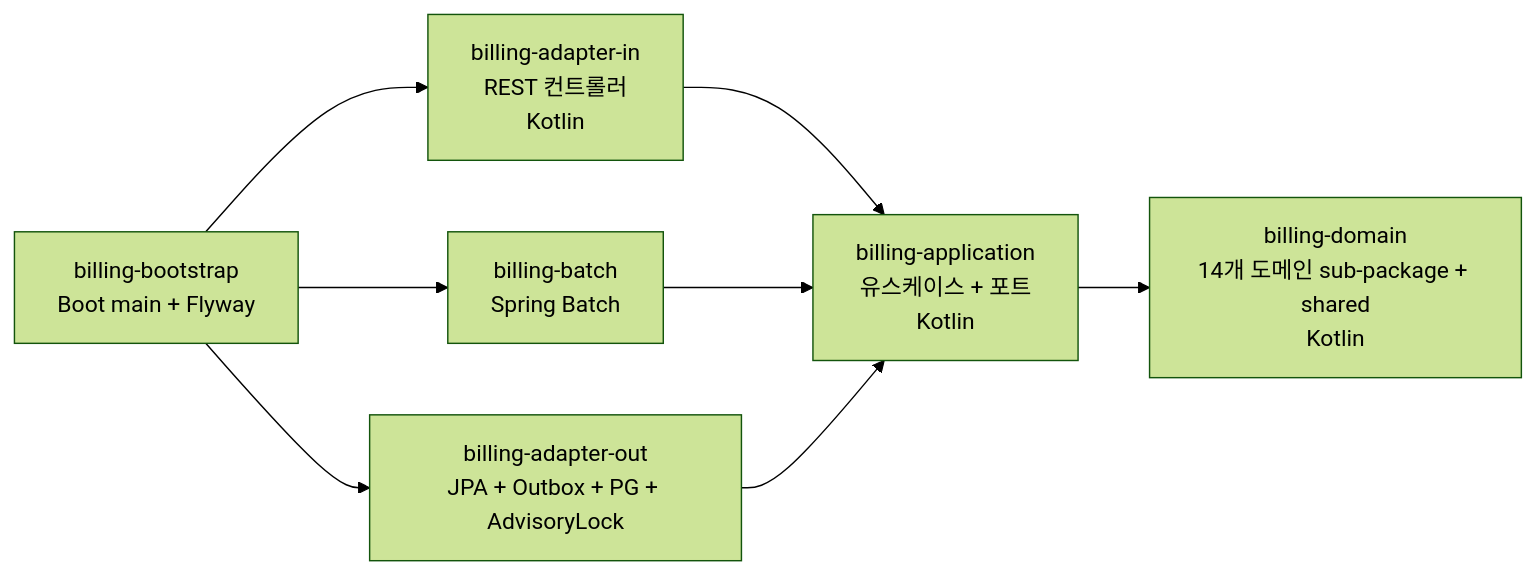
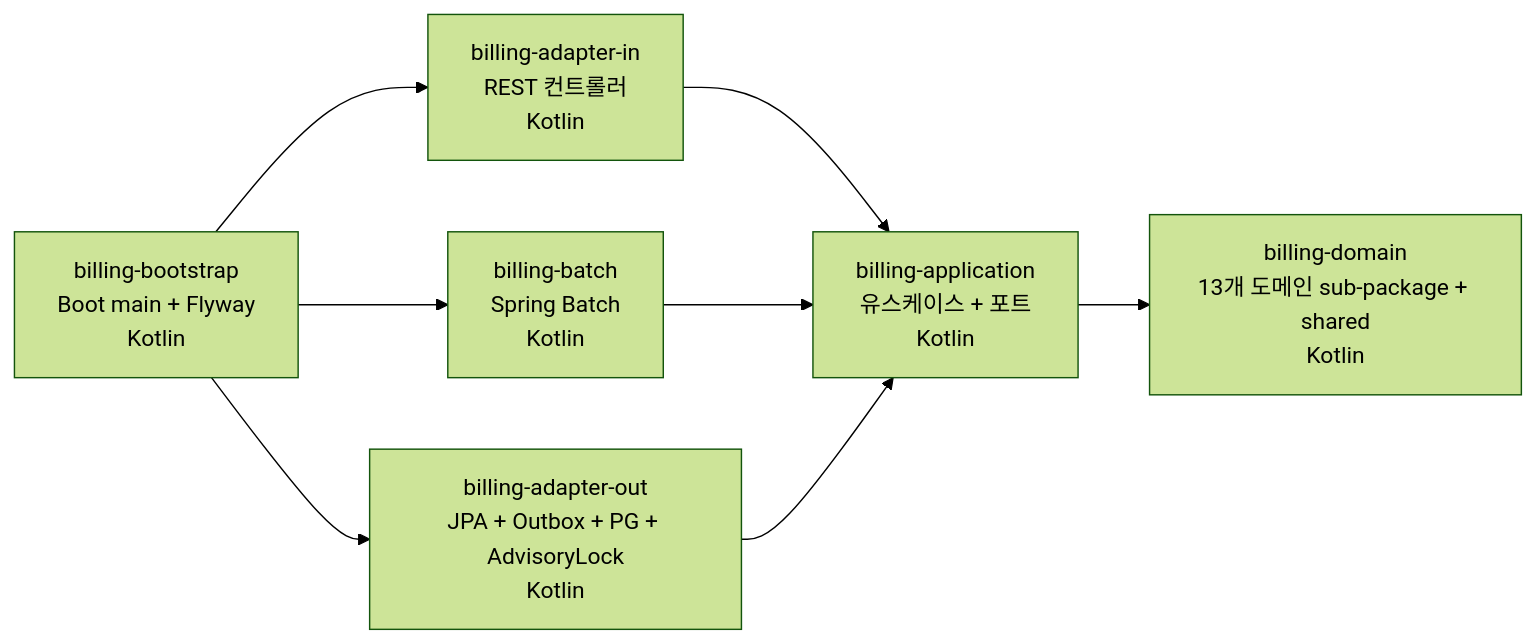
The second of 3 diagrams in README.md (ssa1004/billing-platform), drawn with Mermaid (forest theme) before and after one commit. The commit also changed other lines of this file and 4 other files, not shown here.

````diff
--- a/README.md
+++ b/README.md
@@ -117,17 +117,17 @@
 ```mermaid
 graph LR
     in[billing-adapter-in<br/>REST 컨트롤러<br/>Kotlin]
     app[billing-application<br/>유스케이스 + 포트<br/>Kotlin]
-    domain[billing-domain<br/>14개 도메인 sub-package + shared<br/>Kotlin]
-    out[billing-adapter-out<br/>JPA + Outbox + PG + AdvisoryLock]
-    batch[billing-batch<br/>Spring Batch]
-    boot[billing-bootstrap<br/>Boot main + Flyway]
+    domain[billing-domain<br/>13개 도메인 sub-package + shared<br/>Kotlin]
+    out[billing-adapter-out<br/>JPA + Outbox + PG + AdvisoryLock<br/>Kotlin]
+    batch[billing-batch<br/>Spring Batch<br/>Kotlin]
+    boot[billing-bootstrap<br/>Boot main + Flyway<br/>Kotlin]
 
     in --> app
     boot --> in
     boot --> out
     boot --> batch
     batch --> app
     out --> app
     app --> domain
 ```
````
